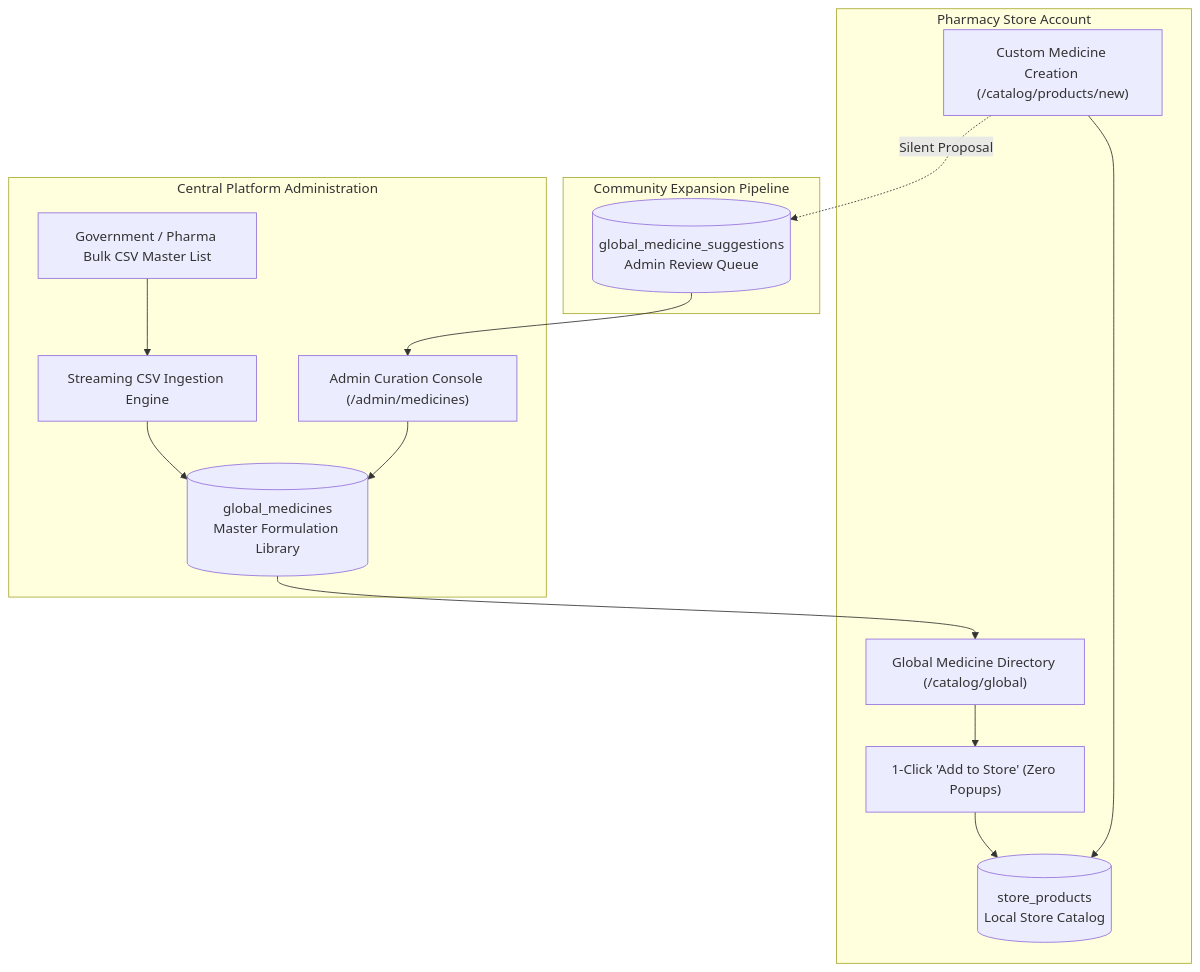
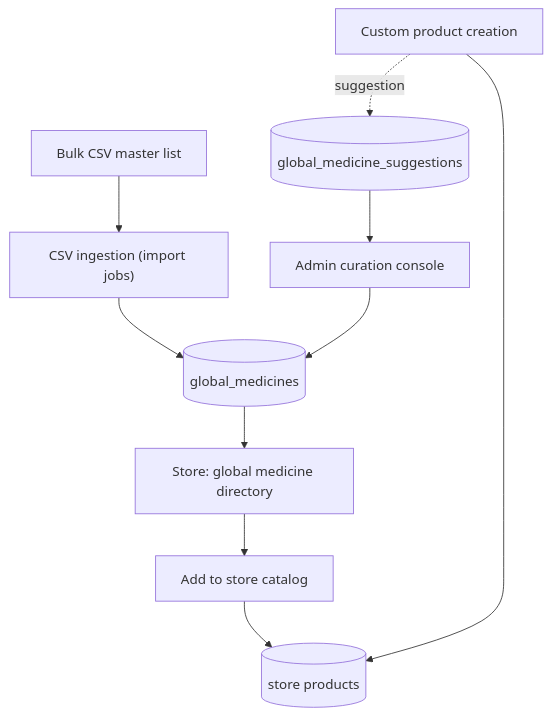
Before and after one commit to veer0401/inventra: the third of 3 diagrams in README.md, drawn with Mermaid. The commit also changed other lines of this file and 1 other file, not shown here.

````diff
--- a/README.md
+++ b/README.md
@@ -193,28 +139,10 @@
 ```mermaid
 flowchart TD
-    subgraph Curation["Central Platform Administration"]
-        CSV["Government / Pharma Bulk CSV Master List"]
-        StreamingParser["Streaming CSV Ingestion Engine"]
-        AdminReview["Admin Curation Console (/admin/medicines)"]
-        GMD[("global_medicines\nMaster Formulation Library")]
-    end
-
-    subgraph StoreDispensary["Pharmacy Store Account"]
-        Directory["Global Medicine Directory (/catalog/global)"]
-        QuickAdd["1-Click 'Add to Store' (Zero Popups)"]
-        StoreCatalog[("store_products\nLocal Store Catalog")]
-        CustomMed["Custom Medicine Creation (/catalog/products/new)"]
-    end
-
-    subgraph ProposalQueue["Community Expansion Pipeline"]
-        SuggestionsQueue[("global_medicine_suggestions\nAdmin Review Queue")]
-    end
-
-    CSV --> StreamingParser --> GMD
-    AdminReview --> GMD
-    GMD --> Directory
-    Directory --> QuickAdd --> StoreCatalog
-    CustomMed --> StoreCatalog
-    CustomMed -. Silent Proposal .-> SuggestionsQueue
-    SuggestionsQueue --> AdminReview
+    CSV["Bulk CSV master list"] --> Ingest["CSV ingestion (import jobs)"] --> GMD[("global_medicines")]
+    Admin["Admin curation console"] --> GMD
+    GMD --> Directory["Store: global medicine directory"]
+    Directory --> Add["Add to store catalog"] --> Catalog[("store products")]
+    Custom["Custom product creation"] --> Catalog
+    Custom -. suggestion .-> Suggestions[("global_medicine_suggestions")]
+    Suggestions --> Admin
 ```
````
